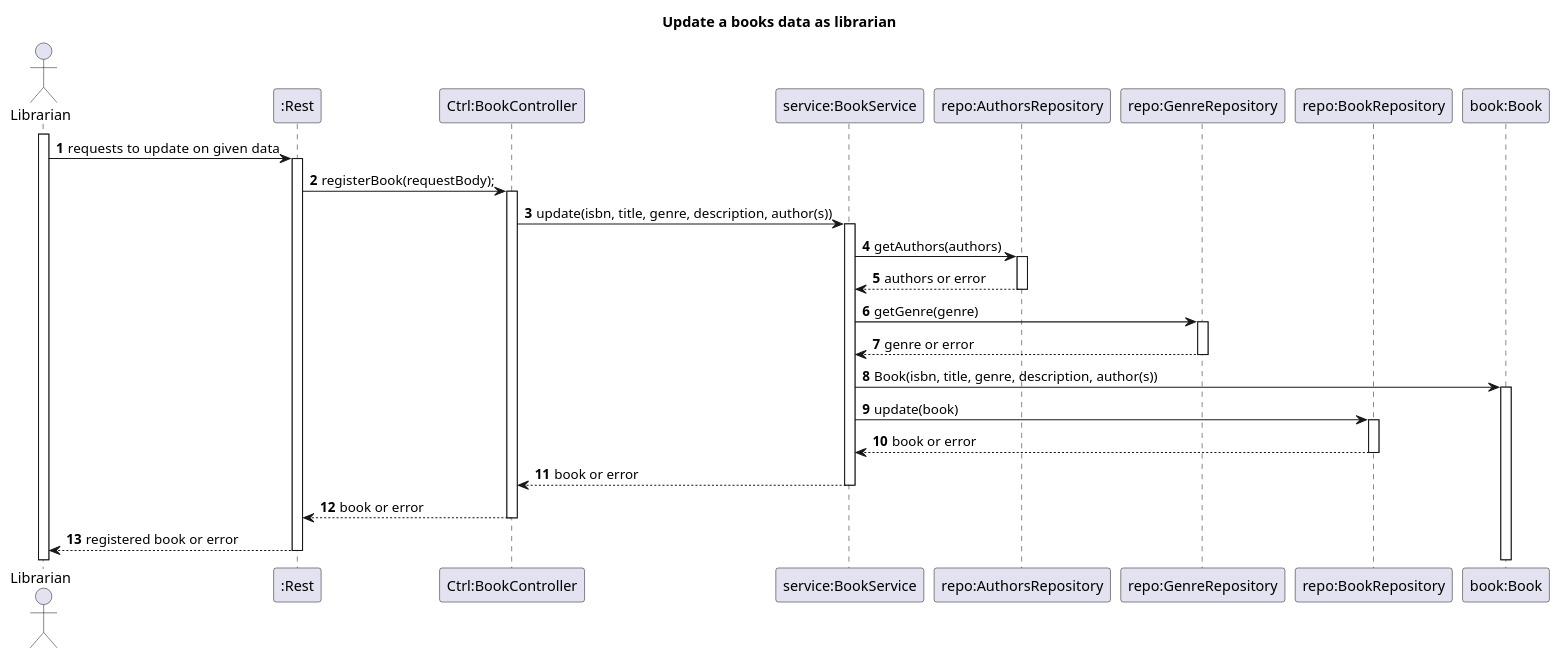
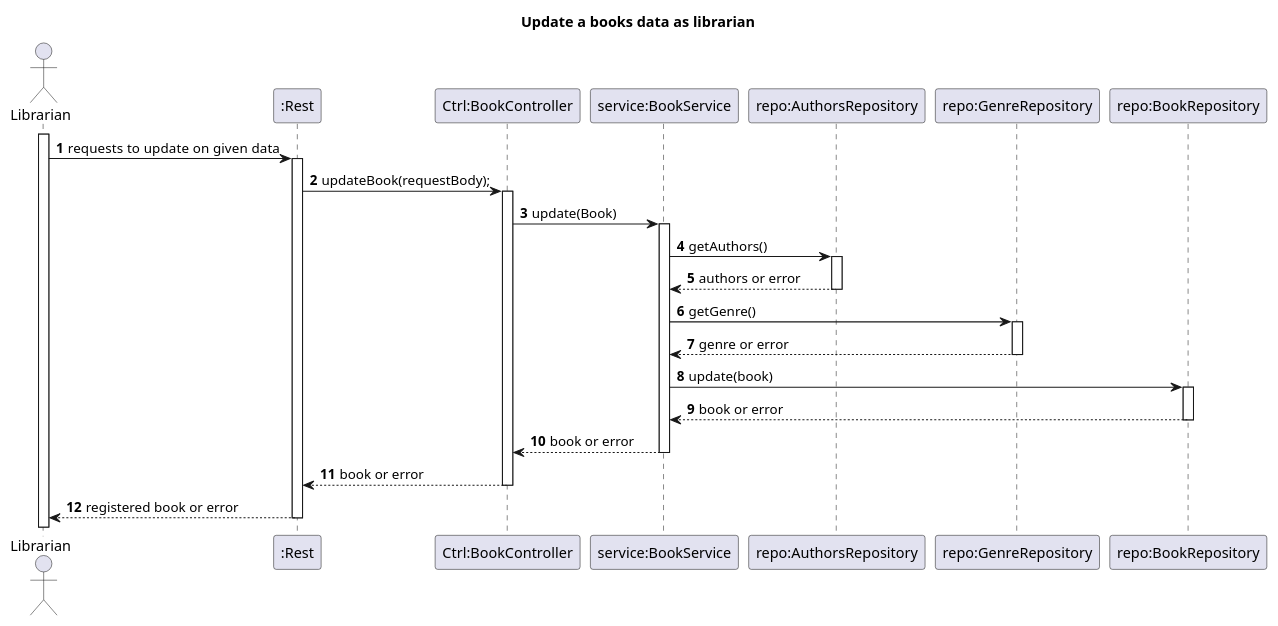
The diagram in Docs/Phase1/WP2A-Books/Ph1-8-UpdateBooksData/Ph1-8-SD.puml (rutemf/1220944_1220772_G01), drawn with PlantUML before and after one commit. The commit also changed 3 other files, not shown here.

```diff
--- a/Docs/Phase1/WP2A-Books/Ph1-8-UpdateBooksData/Ph1-8-SD.puml
+++ b/Docs/Phase1/WP2A-Books/Ph1-8-UpdateBooksData/Ph1-8-SD.puml
@@ -1,35 +1,33 @@
 @startuml
 'https://plantuml.com/sequence-diagram
 autoactivate on
 autonumber
 
 title Update a books data as librarian
 
 actor "Librarian" as User
 participant ":Rest" as Rest
 participant "Ctrl:BookController" as Ctrl
 participant "service:BookService" as Service
 participant "repo:AuthorsRepository" as RepoAuthors
 participant "repo:GenreRepository" as RepoGenre
 participant "repo:BookRepository" as Repo
-participant "book:Book" as Book
 
 activate User
 
 User -> Rest: requests to update  on given data
 
-Rest -> Ctrl: registerBook(requestBody);
+Rest -> Ctrl: updateBook(requestBody);
 
-Ctrl -> Service: update(isbn, title, genre, description, author(s))
-Service -> RepoAuthors: getAuthors(authors)
+Ctrl -> Service: update(Book)
+Service -> RepoAuthors: getAuthors()
 RepoAuthors --> Service: authors or error
-Service -> RepoGenre: getGenre(genre)
+Service -> RepoGenre: getGenre()
 RepoGenre --> Service: genre or error
-Service -> Book: Book(isbn, title, genre, description, author(s))
 Service -> Repo: update(book)
 Repo --> Service: book or error
 Service --> Ctrl: book or error
 Ctrl --> Rest: book or error
 Rest --> User: registered book or error
 
 @enduml
```
